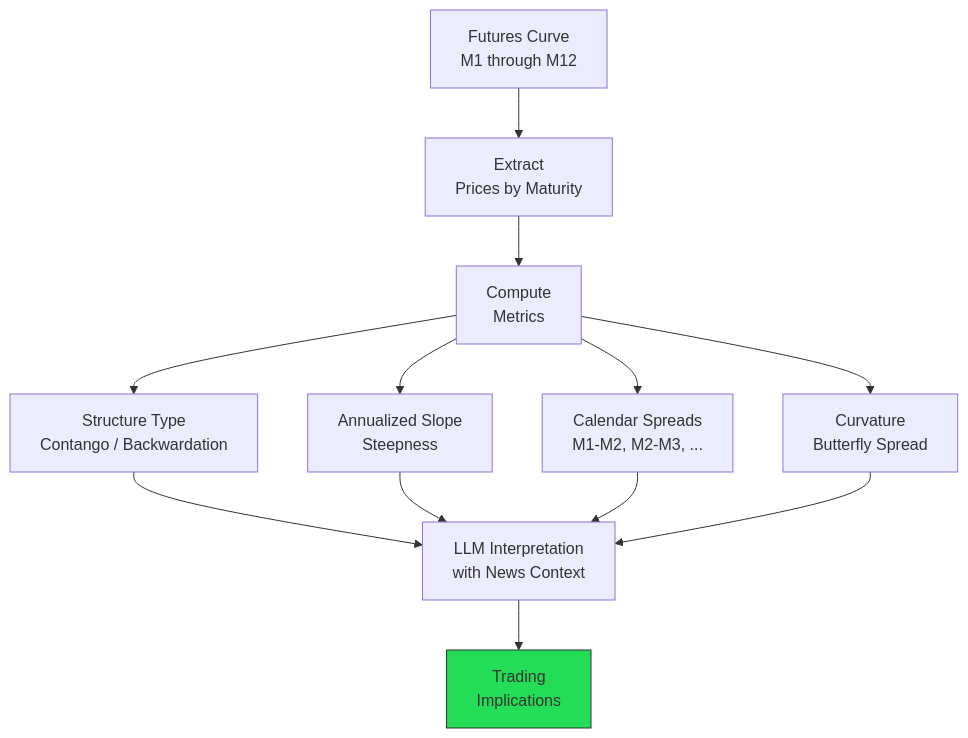
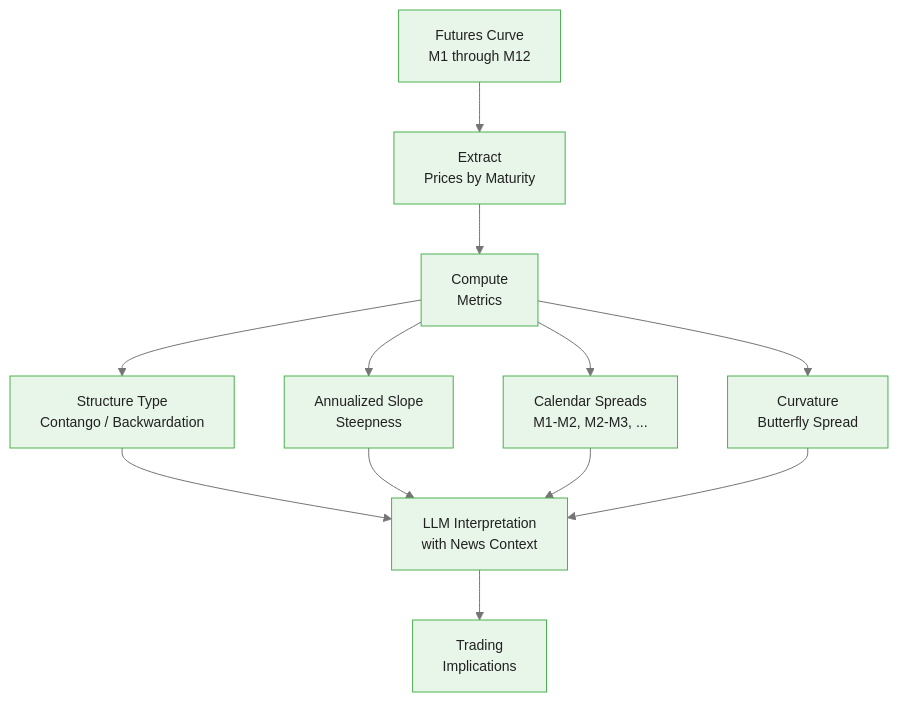
The second of 3 diagrams in courses/genai-commodities/modules/module_04_fundamentals/guides/03_term_structure_slides.md (m-deane/course-creator), drawn with Mermaid before and after one commit. The commit also changed other lines of this file and 84 other files, not shown here.

````diff
--- a/courses/genai-commodities/modules/module_04_fundamentals/guides/03_term_structure_slides.md
+++ b/courses/genai-commodities/modules/module_04_fundamentals/guides/03_term_structure_slides.md
@@ -189,19 +207,18 @@
 ```mermaid
+%%{init: {"theme": "base", "themeVariables": {"primaryColor": "#e8f5e9", "primaryBorderColor": "#4caf50", "primaryTextColor": "#212121", "secondaryColor": "#e3f2fd", "tertiaryColor": "#fff8e1", "lineColor": "#757575", "fontFamily": "Inter, sans-serif", "fontSize": "14px"}}}%%
 flowchart TD
     A[Futures Curve<br/>M1 through M12] --> B[Extract<br/>Prices by Maturity]
     B --> C[Compute<br/>Metrics]
 
     C --> D[Structure Type<br/>Contango / Backwardation]
     C --> E[Annualized Slope<br/>Steepness]
     C --> F[Calendar Spreads<br/>M1-M2, M2-M3, ...]
     C --> G[Curvature<br/>Butterfly Spread]
 
     D --> H[LLM Interpretation<br/>with News Context]
     E --> H
     F --> H
     G --> H
 
     H --> I[Trading<br/>Implications]
-
-    style I fill:#2d5,stroke:#333
 ```
````
